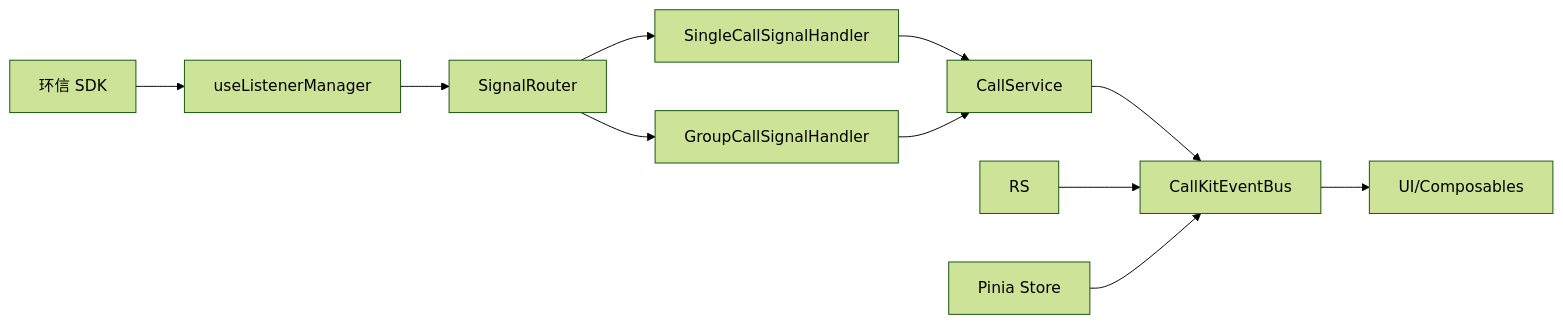
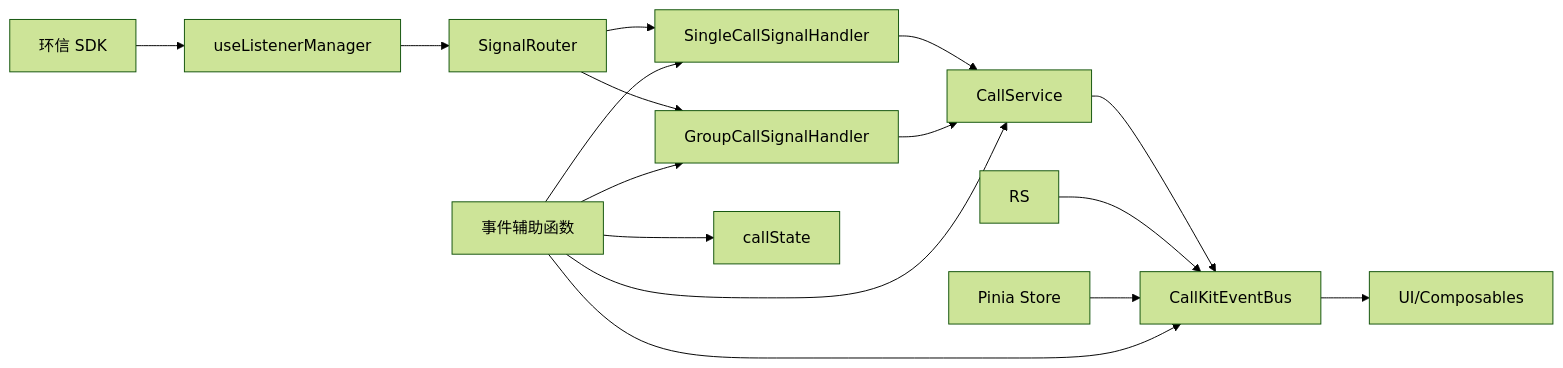
The tenth of 10 diagrams in .qoder/repowiki/zh/content/高级功能/事件监听管理.md (Easemob-Community/easemob-uikit-callkit-vue3), drawn with Mermaid (forest theme) before and after one commit. The commit also changed other lines of this file and 58 other files, not shown here.

````diff
--- a/.qoder/repowiki/zh/content/高级功能/事件监听管理.md
+++ b/.qoder/repowiki/zh/content/高级功能/事件监听管理.md
@@ -407,13 +569,18 @@
 ```mermaid
 graph LR
 SDK_IM["环信 SDK"] --> LMAN["useListenerManager"]
 LMAN --> SR["SignalRouter"]
 SR --> SCSH["SingleCallSignalHandler"]
 SR --> GCSH["GroupCallSignalHandler"]
 SCSH --> CS["CallService"]
 GCSH --> CS
 CS --> EBUS["CallKitEventBus"]
 RS --> EBUS
 EBUS --> UI["UI/Composables"]
 STORE["Pinia Store"] --> EBUS
+EHLP["事件辅助函数"] --> EBUS
+EHLP --> CS
+EHLP --> SCSH
+EHLP --> GCSH
+EHLP --> CST["callState"]
 ```
````
